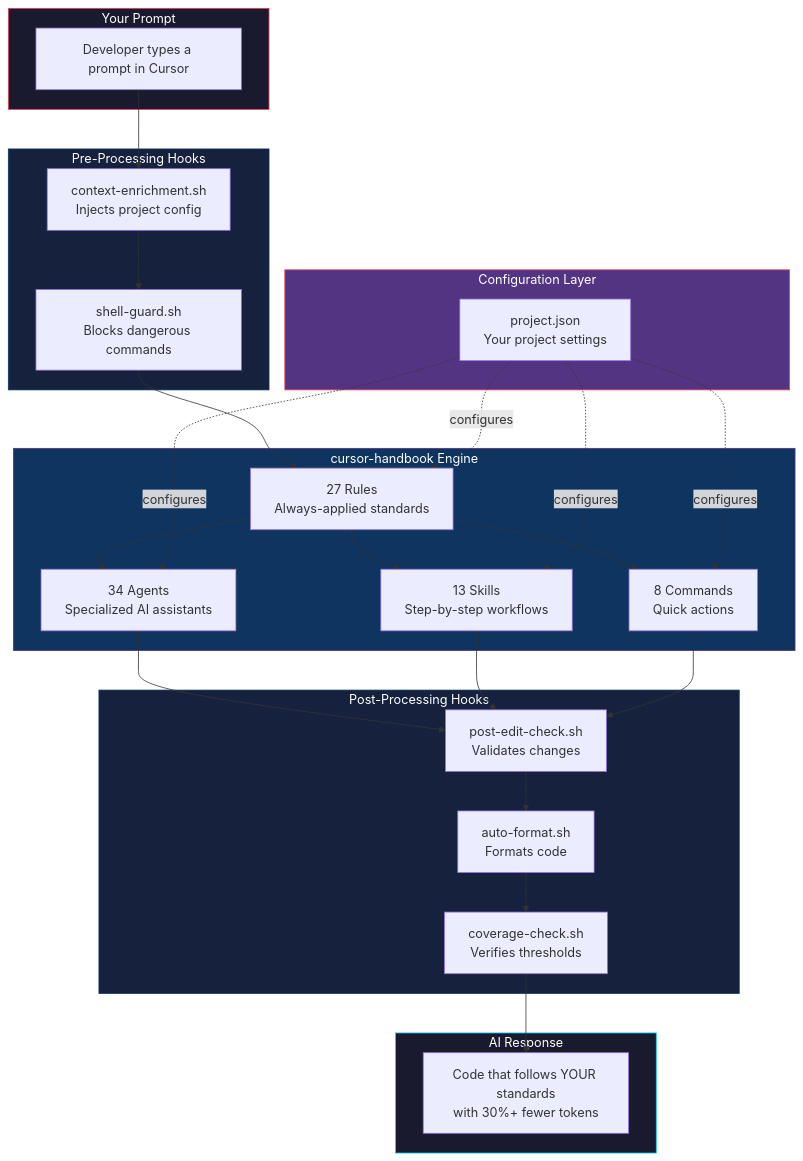
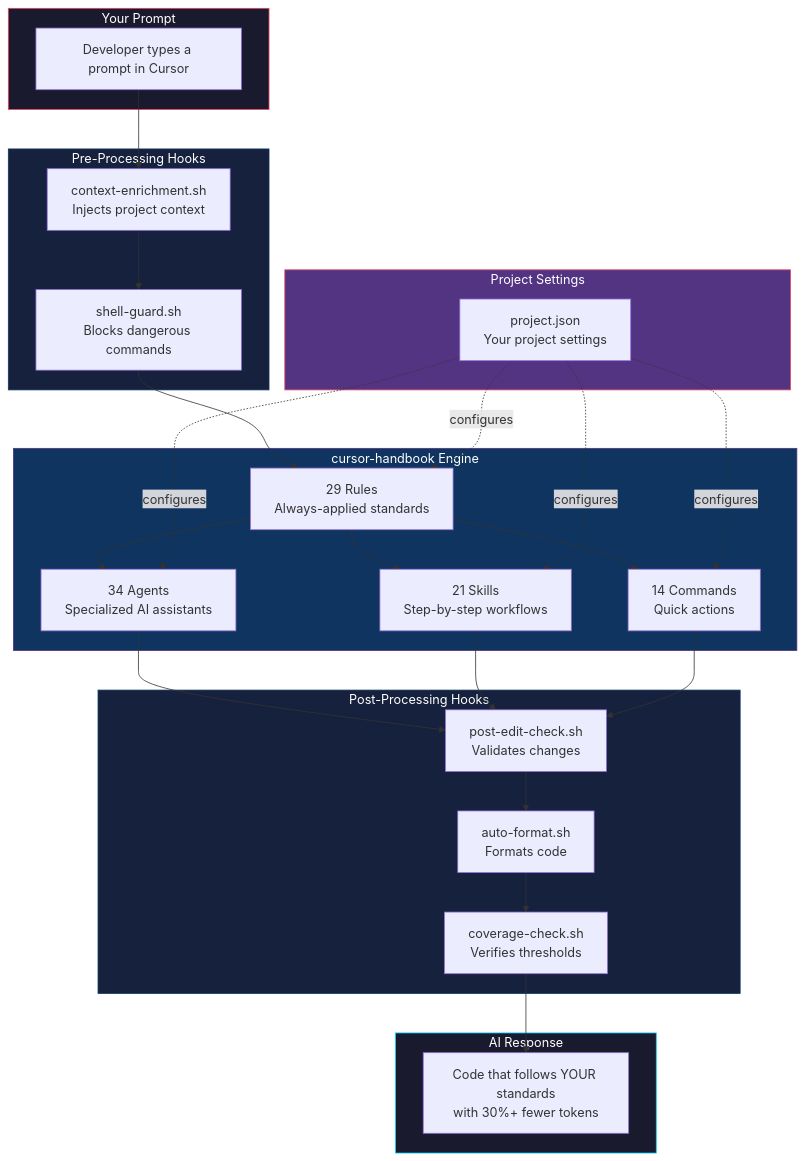
The first of 11 diagrams in README.md (girijashankarj/cursor-handbook), drawn with Mermaid before and after one commit. The commit also changed other lines of this file and 173 other files, not shown here.

````diff
--- a/README.md
+++ b/README.md
@@ -35,44 +104,44 @@
 ```mermaid
 graph TB
     subgraph INPUT ["Your Prompt"]
         A[Developer types a prompt in Cursor]
     end
 
     subgraph HOOKS_PRE ["Pre-Processing Hooks"]
-        B[context-enrichment.sh<br/>Injects project config]
+        B[context-enrichment.sh<br/>Injects project context]
         C[shell-guard.sh<br/>Blocks dangerous commands]
     end
 
     subgraph ENGINE ["cursor-handbook Engine"]
-        D[27 Rules<br/>Always-applied standards]
+        D[29 Rules<br/>Always-applied standards]
         E[34 Agents<br/>Specialized AI assistants]
-        F[13 Skills<br/>Step-by-step workflows]
-        G[8 Commands<br/>Quick actions]
+        F[21 Skills<br/>Step-by-step workflows]
+        G[14 Commands<br/>Quick actions]
     end
 
-    subgraph CONFIG ["Configuration Layer"]
+    subgraph CONFIG ["Project Settings"]
         H[project.json<br/>Your project settings]
     end
 
     subgraph HOOKS_POST ["Post-Processing Hooks"]
         I[post-edit-check.sh<br/>Validates changes]
         J[auto-format.sh<br/>Formats code]
         K[coverage-check.sh<br/>Verifies thresholds]
     end
 
     subgraph OUTPUT ["AI Response"]
         L[Code that follows YOUR standards<br/>with 30%+ fewer tokens]
     end
 
     A --> B --> C --> D
     D --> E & F & G
     H -.->|configures| D & E & F & G
     E & F & G --> I --> J --> K --> L
 
     style INPUT fill:#1a1a2e,stroke:#e94560,color:#fff
     style HOOKS_PRE fill:#16213e,stroke:#0f3460,color:#fff
     style ENGINE fill:#0f3460,stroke:#533483,color:#fff
     style CONFIG fill:#533483,stroke:#e94560,color:#fff
     style HOOKS_POST fill:#16213e,stroke:#0f3460,color:#fff
     style OUTPUT fill:#1a1a2e,stroke:#00d2ff,color:#fff
 ```
````
